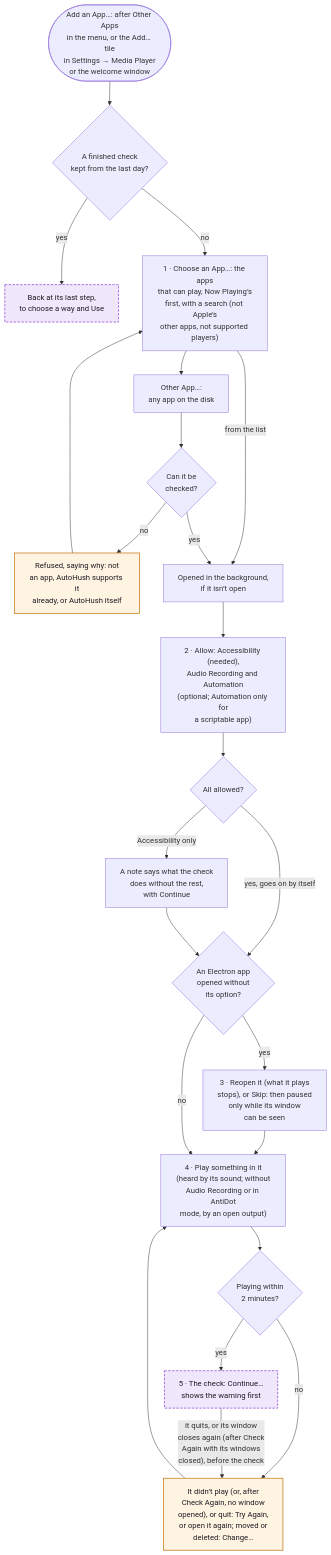
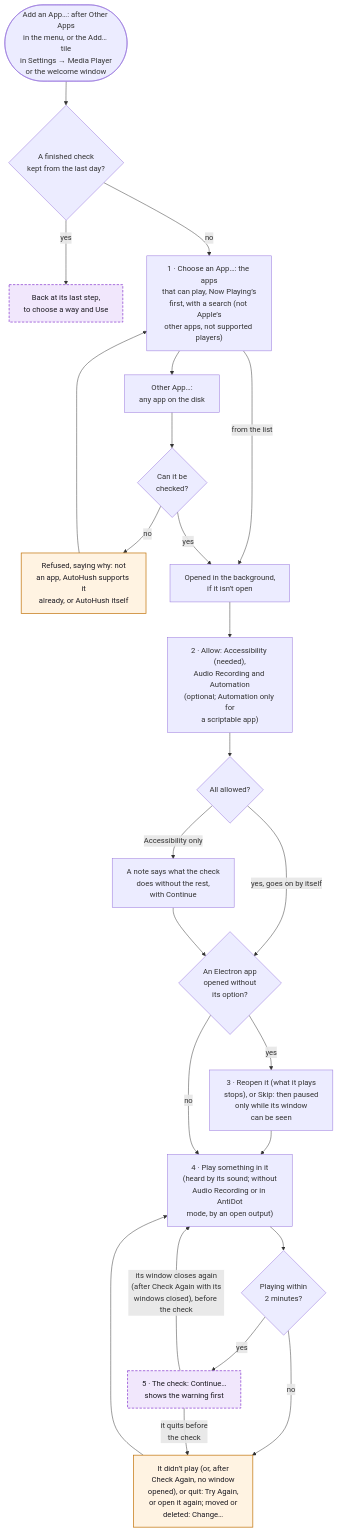
Before and after one commit to hfustercabre/AutoHush: the ninth of 14 diagrams in WORKFLOWS.md, drawn with Mermaid. The commit also changed 16 other files, not shown here.

````diff
--- a/WORKFLOWS.md
+++ b/WORKFLOWS.md
@@ -496,42 +496,43 @@
 ```mermaid
 flowchart TD
   ST(["Add an App…: after Other Apps<br/>in the menu, or the Add… tile<br/>in Settings → Media Player<br/>or the welcome window"])
   KEPT{"A finished check<br/>kept from the last day?"}
   RES["Back at its last step,<br/>to choose a way and Use"]
   CHO["1 · Choose an App…: the apps<br/>that can play, Now Playing’s<br/>first, with a search (not Apple’s<br/>other apps, not supported players)"]
   OTH["Other App…:<br/>any app on the disk"]
   OK{"Can it be<br/>checked?"}
   NO["Refused, saying why: not<br/>an app, AutoHush supports it<br/>already, or AutoHush itself"]
   OPEN["Opened in the background,<br/>if it isn’t open"]
   ALW["2 · Allow: Accessibility (needed),<br/>Audio Recording and Automation<br/>(optional; Automation only for<br/>a scriptable app)"]
   ALL{"All allowed?"}
   WARN["A note says what the check<br/>does without the rest,<br/>with Continue"]
   NEED{"An Electron app<br/>opened without<br/>its option?"}
   REO["3 · Reopen it (what it plays<br/>stops), or Skip: then paused<br/>only while its window<br/>can be seen"]
   PLAY["4 · Play something in it<br/>(heard by its sound; without<br/>Audio Recording or in AntiDot<br/>mode, by an open output)"]
   PL{"Playing within<br/>2 minutes?"}
   NOPL["It didn’t play (or, after<br/>Check Again, no window<br/>opened), or quit: Try Again,<br/>or open it again; moved or<br/>deleted: Change…"]
   CHK["5 · The check: Continue…<br/>shows the warning first"]
 
   ST --> KEPT
   KEPT -->|"yes"| RES
   KEPT -->|"no"| CHO
   CHO -->|"from the list"| OPEN
   CHO --> OTH --> OK
   OK -->|"no"| NO --> CHO
   OK -->|"yes"| OPEN
   OPEN --> ALW --> ALL
   ALL -->|"yes, goes on by itself"| NEED
   ALL -->|"Accessibility only"| WARN --> NEED
   NEED -->|"yes"| REO --> PLAY
   NEED -->|"no"| PLAY
   PLAY --> PL
   PL -->|"yes"| CHK
   PL -->|"no"| NOPL --> PLAY
-  CHK -->|"it quits, or its window<br/>closes again (after Check<br/>Again with its windows<br/>closed), before the check"| NOPL
+  CHK -->|"it quits before<br/>the check"| NOPL
+  CHK -->|"its window closes again<br/>(after Check Again with its<br/>windows closed), before the check"| PLAY
 
   class CHK,RES ref
   class NO,NOPL warn
   classDef ref fill:#f1e7fc,stroke:#8a3fd1,stroke-width:1.5px,stroke-dasharray: 5 3,color:#1d1b22
   classDef warn fill:#fff3e2,stroke:#c47812,stroke-width:1.5px,color:#1d1b22
 ```
````
